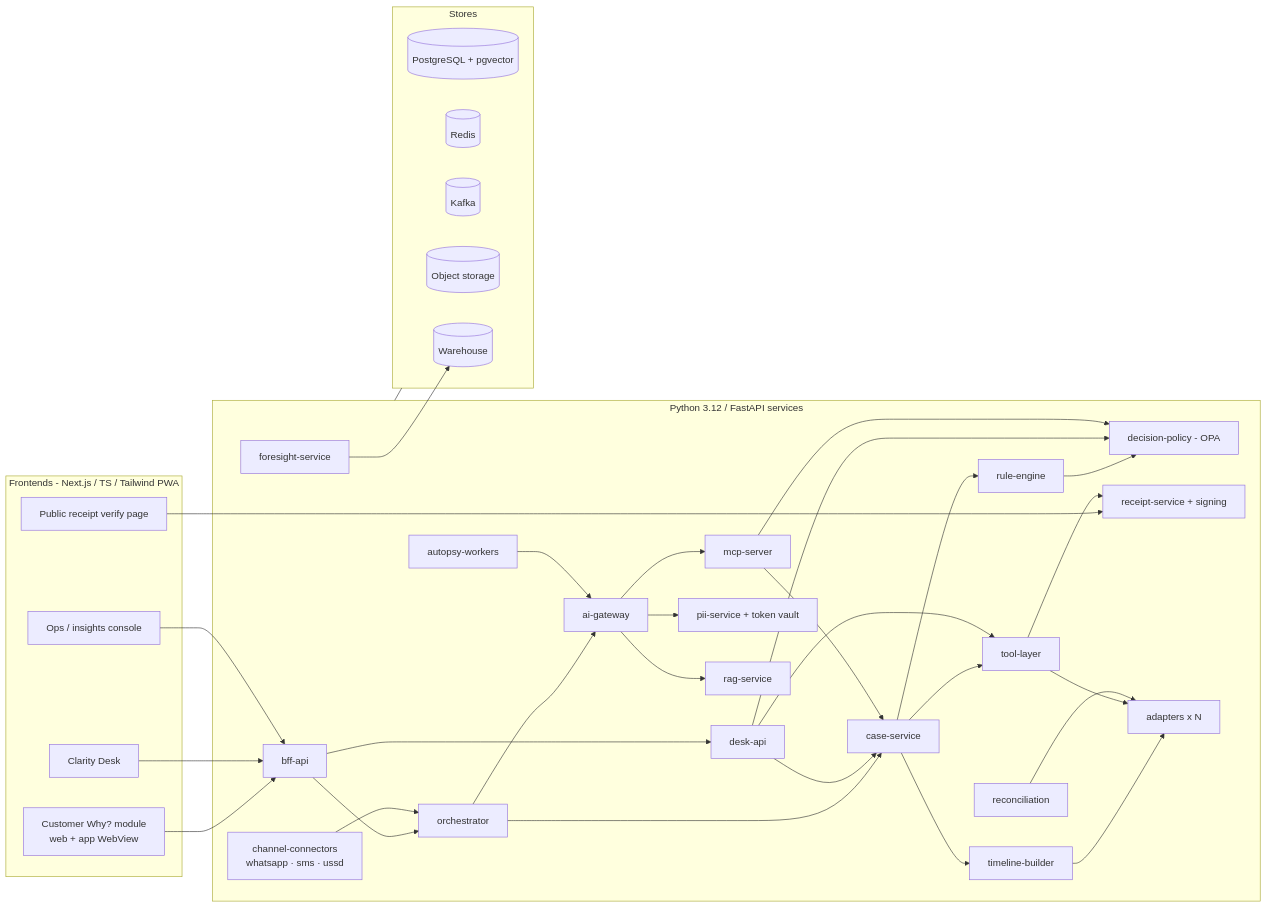
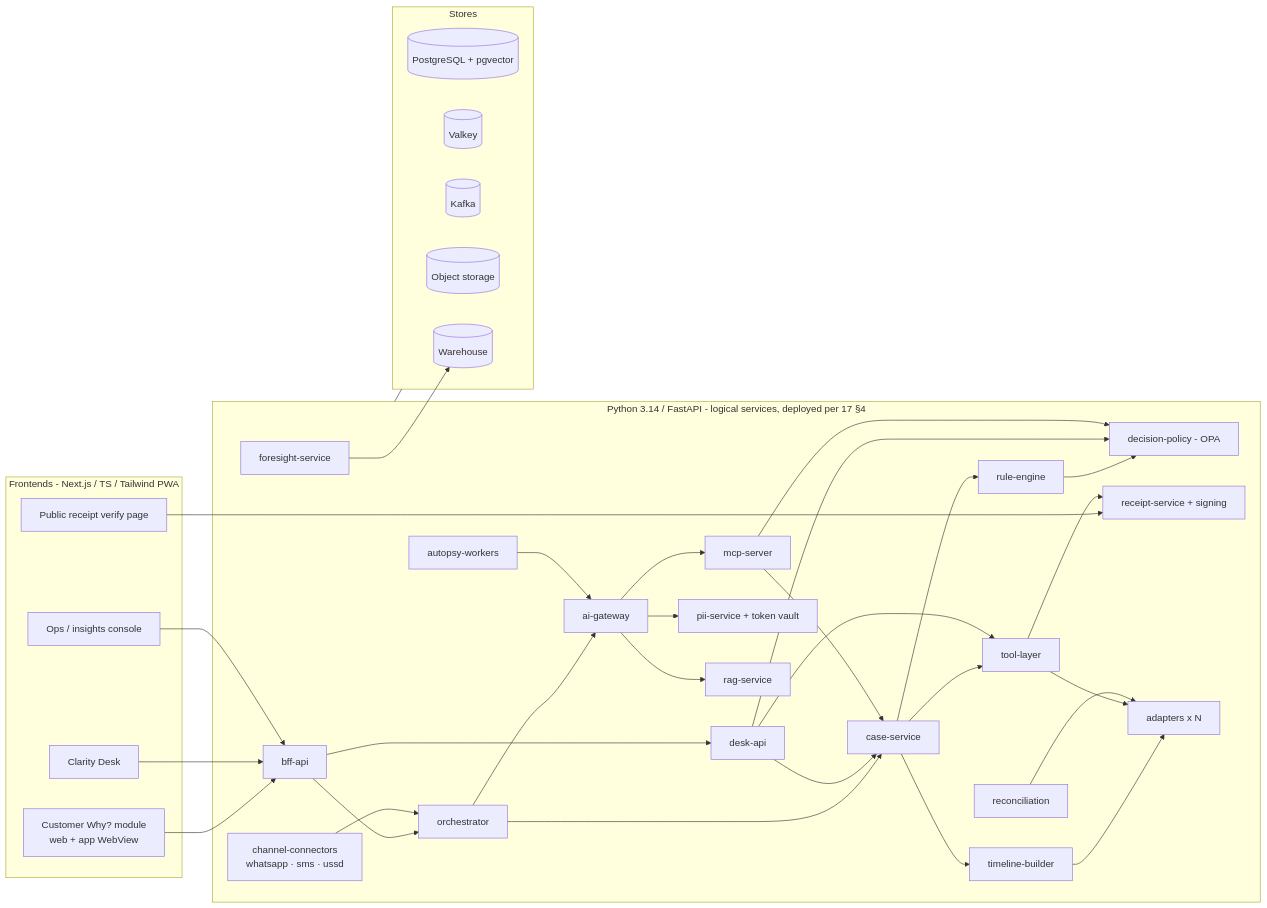
Diagram 16 of 18 in docs/enterprise-plan/05-architecture-diagrams.md (Pasidu-Mihiranga/HutchClarity), drawn with Mermaid before and after one commit. The commit also changed other lines of this file and 103 other files, not shown here.

````diff
--- a/docs/enterprise-plan/05-architecture-diagrams.md
+++ b/docs/enterprise-plan/05-architecture-diagrams.md
@@ -607,52 +609,52 @@
 ```mermaid
 flowchart LR
     subgraph FE["Frontends - Next.js / TS / Tailwind PWA"]
         F1["Customer Why? module<br/>web + app WebView"]
         F2["Clarity Desk"]
         F3["Ops / insights console"]
         F4["Public receipt verify page"]
     end
-    subgraph SVC["Python 3.12 / FastAPI services"]
+    subgraph SVC["Python 3.14 / FastAPI - logical services, deployed per 17 §4"]
         B1["bff-api"]
         B2["orchestrator"]
         B3["case-service"]
         B4["timeline-builder"]
         B5["rule-engine"]
         B6["decision-policy - OPA"]
         B7["tool-layer"]
         B8["receipt-service + signing"]
         B9["desk-api"]
         B10["mcp-server"]
         B11["ai-gateway"]
         B12["pii-service + token vault"]
         B13["rag-service"]
         B14["autopsy-workers"]
         B15["foresight-service"]
         B16["channel-connectors<br/>whatsapp · sms · ussd"]
         B17["adapters x N"]
         B18["reconciliation"]
     end
     subgraph ST["Stores"]
         D1[("PostgreSQL + pgvector")]
-        D2[("Redis")]
+        D2[("Valkey")]
         D3[("Kafka")]
         D4[("Object storage")]
         D5[("Warehouse")]
     end
     F1 & F2 & F3 --> B1
     F4 --> B8
     B1 --> B2 & B9
     B16 --> B2
     B2 --> B3 & B11
     B3 --> B4 --> B17
     B3 --> B5 --> B6
     B3 --> B7 --> B17
     B7 --> B8
     B9 --> B6 & B7 & B3
     B11 --> B12 & B13 & B10
     B10 --> B3 & B6
     B14 --> B11
     B15 --> D5
     B18 --> B17
     SVC --- ST
 ```
````
